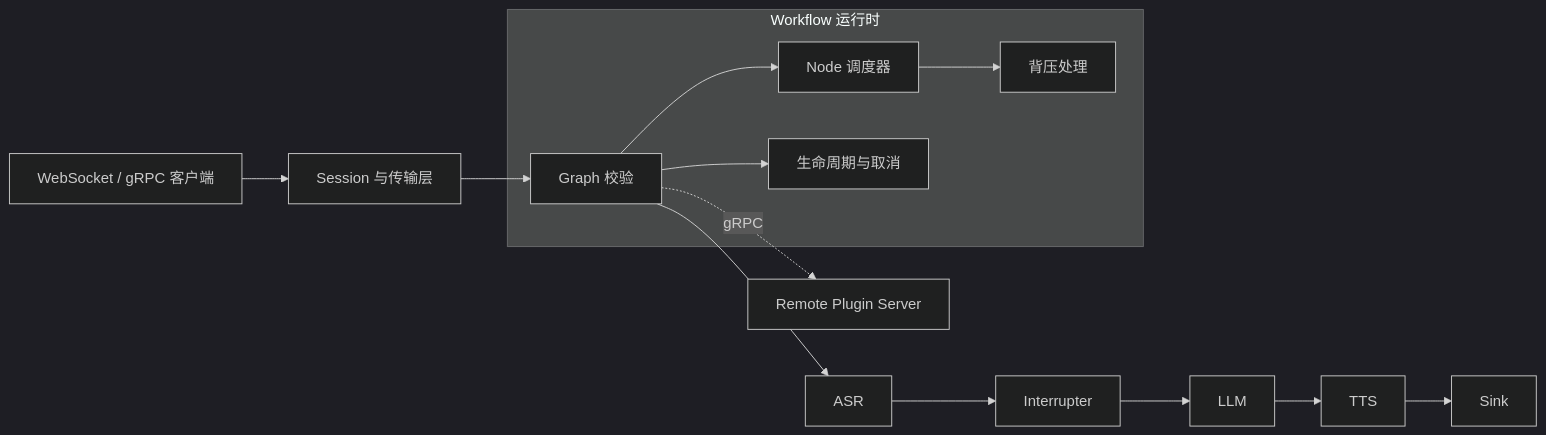
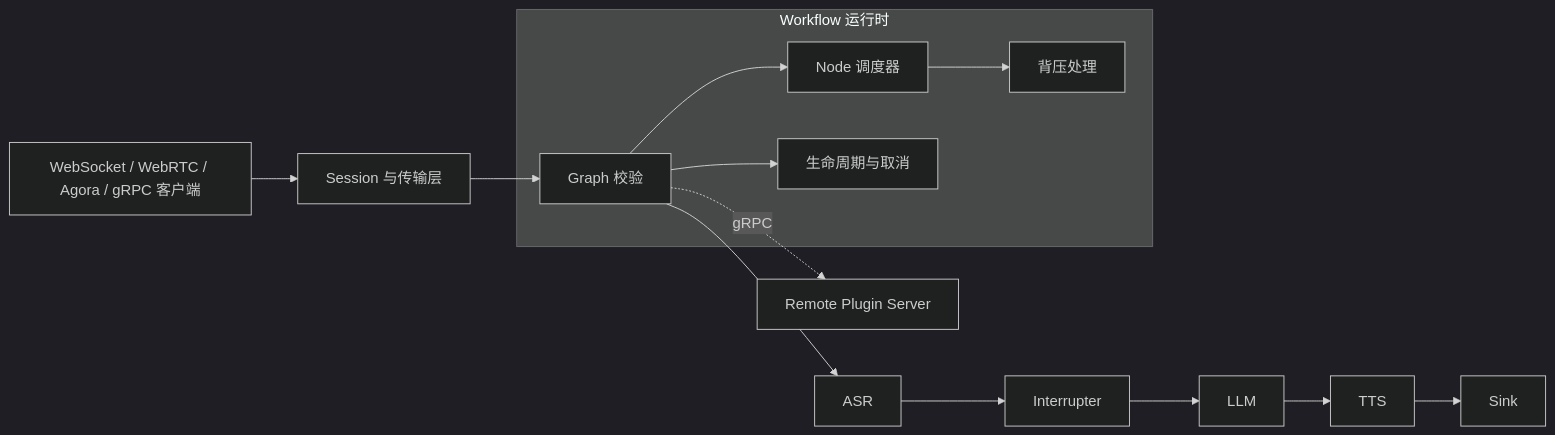
One commit to wnnce/voce changed the diagram in README_zh.md. Above: the diagram before and after it, drawn with Mermaid (dark theme). The commit also changed other lines of this file and 2 other files, not shown here.

Commit message:
docs: update readme and plugin reference for webrtc agora and translator

````diff
--- a/README_zh.md
+++ b/README_zh.md
@@ -38,23 +38,23 @@
 ```mermaid
 flowchart LR
-    Client[WebSocket / gRPC 客户端] --> Session[Session 与传输层]
+    Client[WebSocket / WebRTC / Agora / gRPC 客户端] --> Session[Session 与传输层]
     Session --> Graph
 
     subgraph Workflow[Workflow 运行时]
         Graph[Graph 校验]
         Scheduler[Node 调度器]
         Lifecycle[生命周期与取消]
         Backpressure[背压处理]
         Graph --> Scheduler
         Graph --> Lifecycle
         Scheduler --> Backpressure
     end
 
     Graph --> ASR
     ASR --> Interrupt[Interrupter]
     Interrupt --> LLM
     LLM --> TTS
     TTS --> Sink
 
     Graph -. gRPC .-> Remote[Remote Plugin Server]
 ```
````
